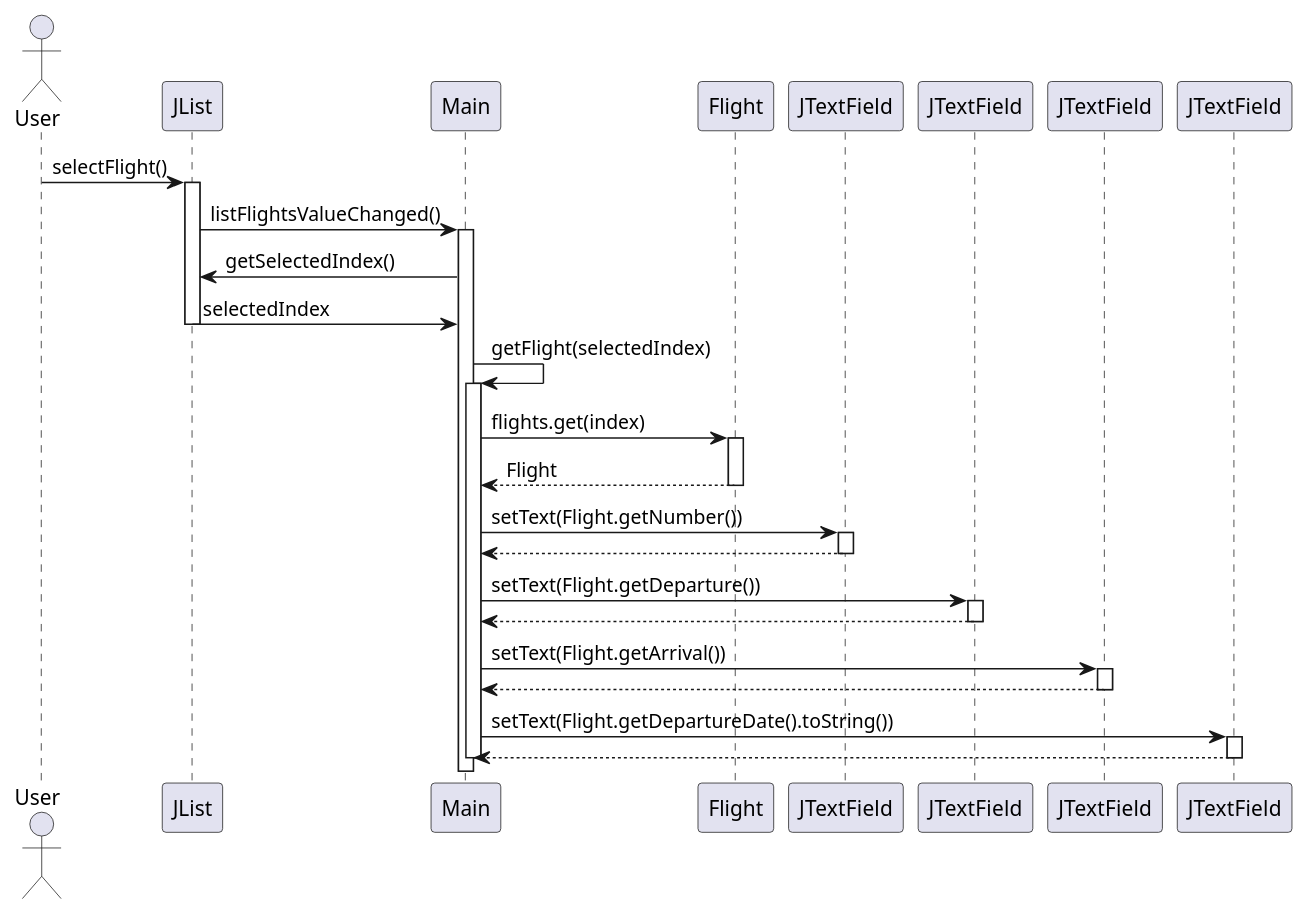
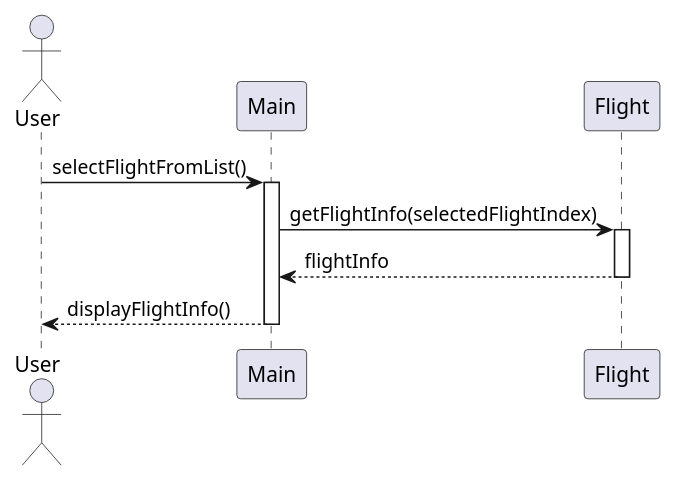
Before and after one commit to brandon-toews/JavaProject: the diagram in diagrams/MainSeq_DisplayFlightInfo.puml, drawn with PlantUML. The commit also changed 15 other files, not shown here.

Commit message:
finished diagrams

```diff
--- a/diagrams/MainSeq_DisplayFlightInfo.puml
+++ b/diagrams/MainSeq_DisplayFlightInfo.puml
@@ -1,48 +1,14 @@
 @startuml
 actor User
-participant "JList" as FlightList
 participant "Main" as M
 participant "Flight" as F
-participant "JTextField" as FlightTextField
-participant "JTextField" as DepartureTextField
-participant "JTextField" as ArrivalTextField
-participant "JTextField" as DateTextField
 
-User -> FlightList : selectFlight()
-activate FlightList
-FlightList -> M : listFlightsValueChanged()
+User -> M : selectFlightFromList()
 activate M
-
-M -> FlightList : getSelectedIndex()
-FlightList -> M : selectedIndex
-deactivate FlightList
-
-M -> M : getFlight(selectedIndex)
-activate M
-M -> F : flights.get(index)
+M -> F : getFlightInfo(selectedFlightIndex)
 activate F
-F --> M : Flight
+F --> M : flightInfo
 deactivate F
-
-M -> FlightTextField : setText(Flight.getNumber())
-activate FlightTextField
-FlightTextField --> M
-deactivate FlightTextField
-
-M -> DepartureTextField : setText(Flight.getDeparture())
-activate DepartureTextField
-DepartureTextField --> M
-deactivate DepartureTextField
-
-M -> ArrivalTextField : setText(Flight.getArrival())
-activate ArrivalTextField
-ArrivalTextField --> M
-deactivate ArrivalTextField
-
-M -> DateTextField : setText(Flight.getDepartureDate().toString())
-activate DateTextField
-DateTextField --> M
-deactivate DateTextField
-
+M --> User : displayFlightInfo()
 deactivate M
 @enduml
```
